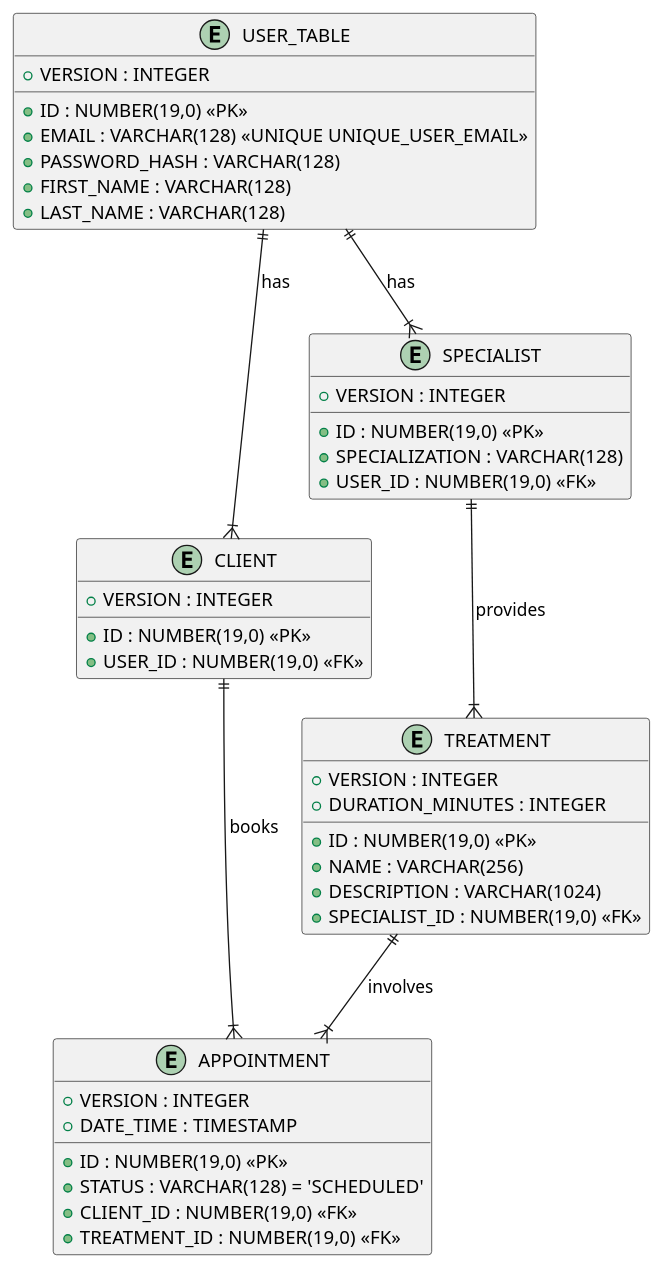
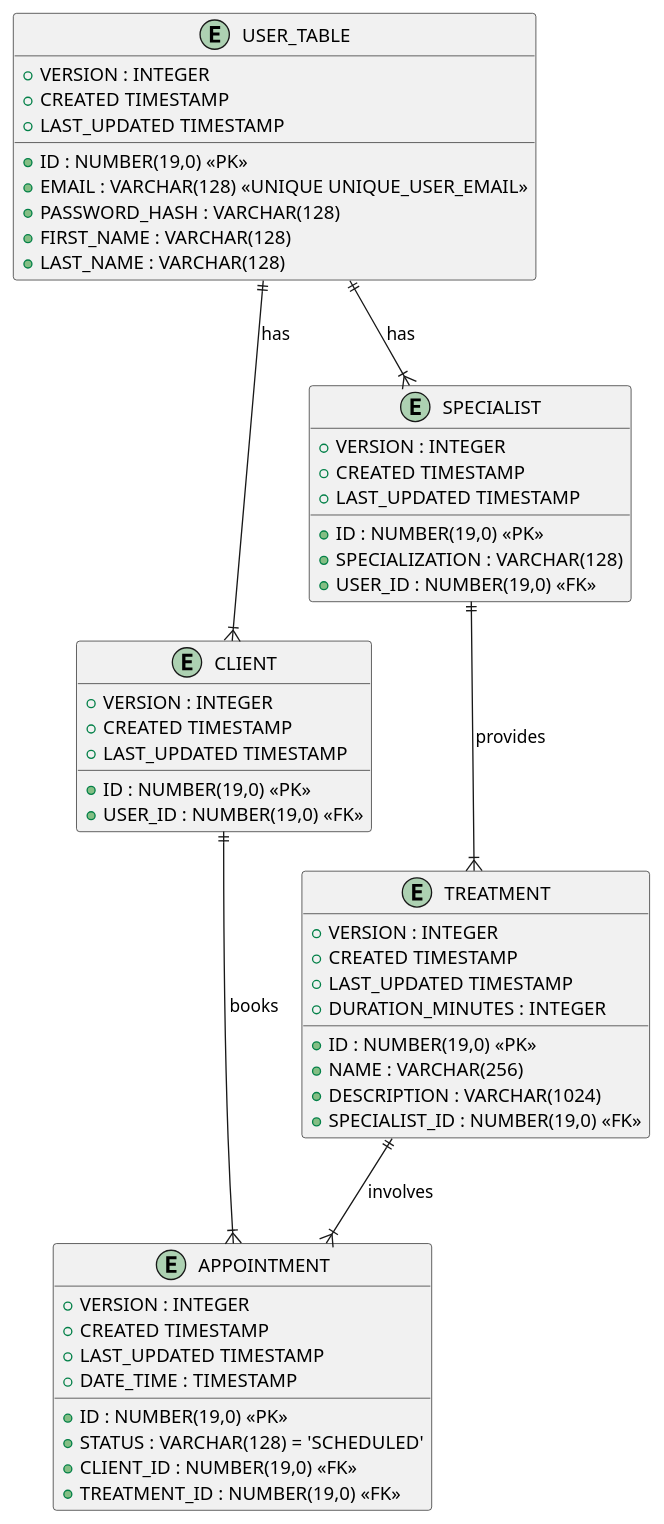
One commit to java-backend-foundations/java-backend-developer-exercises changed the diagram in images/puml/trainingDB.puml. Above: the diagram before and after it, drawn with PlantUML. The commit also changed 3 other files, not shown here.

Commit message:
puml and schemas corrected

```diff
--- a/images/puml/trainingDB.puml
+++ b/images/puml/trainingDB.puml
@@ -1,49 +1,59 @@
 @startuml
 
 entity USER_TABLE {
     + ID : NUMBER(19,0) <<PK>>
     + VERSION : INTEGER
+    + CREATED TIMESTAMP
+    + LAST_UPDATED TIMESTAMP
     + EMAIL : VARCHAR(128) <<UNIQUE UNIQUE_USER_EMAIL>>
     + PASSWORD_HASH : VARCHAR(128)
     + FIRST_NAME : VARCHAR(128)
     + LAST_NAME : VARCHAR(128)
 }
 
 entity CLIENT {
     + ID : NUMBER(19,0) <<PK>>
     + VERSION : INTEGER
+    + CREATED TIMESTAMP
+    + LAST_UPDATED TIMESTAMP
     + USER_ID : NUMBER(19,0) <<FK>>
 }
 
 entity SPECIALIST {
     + ID : NUMBER(19,0) <<PK>>
     + VERSION : INTEGER
+    + CREATED TIMESTAMP
+    + LAST_UPDATED TIMESTAMP
     + SPECIALIZATION : VARCHAR(128)
     + USER_ID : NUMBER(19,0) <<FK>>
 }
 
 entity TREATMENT {
     + ID : NUMBER(19,0) <<PK>>
     + VERSION : INTEGER
+    + CREATED TIMESTAMP
+    + LAST_UPDATED TIMESTAMP
     + NAME : VARCHAR(256)
     + DESCRIPTION : VARCHAR(1024)
     + DURATION_MINUTES : INTEGER
     + SPECIALIST_ID : NUMBER(19,0) <<FK>>
 }
 
 entity APPOINTMENT {
     + ID : NUMBER(19,0) <<PK>>
     + VERSION : INTEGER
+    + CREATED TIMESTAMP
+    + LAST_UPDATED TIMESTAMP
     + DATE_TIME : TIMESTAMP
     + STATUS : VARCHAR(128) = 'SCHEDULED'
     + CLIENT_ID : NUMBER(19,0) <<FK>>
     + TREATMENT_ID : NUMBER(19,0) <<FK>>
 }
 
 USER_TABLE ||--|{ CLIENT : "has"
 USER_TABLE ||--|{ SPECIALIST : "has"
 SPECIALIST ||--|{ TREATMENT : "provides"
 CLIENT ||--|{ APPOINTMENT : "books"
 TREATMENT ||--|{ APPOINTMENT : "involves"
 
 @enduml
```
